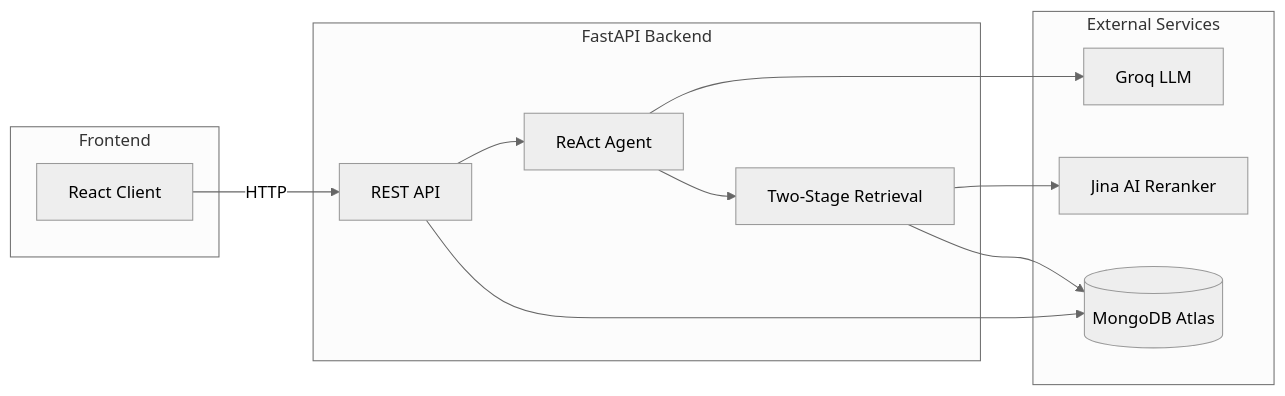
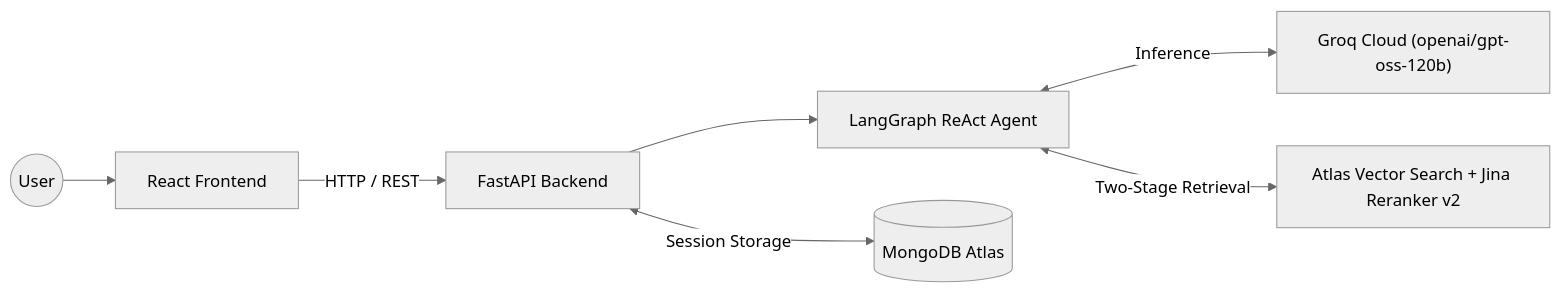
The first of 2 diagrams in README.md (sattyaaa/ChatWithDocs), drawn with Mermaid (neutral theme) before and after one commit. The commit also changed other lines of this file and 8 other files, not shown here.

Commit message:
docs: add assessment submission reports, architecture diagrams, and test suite

````diff
--- a/README.md
+++ b/README.md
@@ -13,26 +15,9 @@
 ```mermaid
 flowchart LR
-    subgraph Frontend
-        UI[React Client]
-    end
-
-    subgraph Backend[FastAPI Backend]
-        API[REST API]
-        AGENT[ReAct Agent]
-        TOOLS[Two-Stage Retrieval]
-    end
-
-    subgraph Services[External Services]
-        GROQ[Groq LLM]
-        JINA[Jina AI Reranker]
-        ATLAS[(MongoDB Atlas)]
-    end
-
-    UI -->|HTTP| API
-    API --> AGENT
-    AGENT --> GROQ
-    AGENT --> TOOLS
-    TOOLS --> ATLAS
-    TOOLS --> JINA
-    API --> ATLAS
+    USER(("User")) --> UI["React Frontend"]
+    UI -->|HTTP / REST| API["FastAPI Backend"]
+    API --> AGENT["LangGraph ReAct Agent"]
+    AGENT <-->|Inference| GROQ["Groq Cloud (openai/gpt-oss-120b)"]
+    AGENT <-->|Two-Stage Retrieval| RAG["Atlas Vector Search + Jina Reranker v2"]
+    API <-->|Session Storage| ATLAS[("MongoDB Atlas")]
 ```
````
